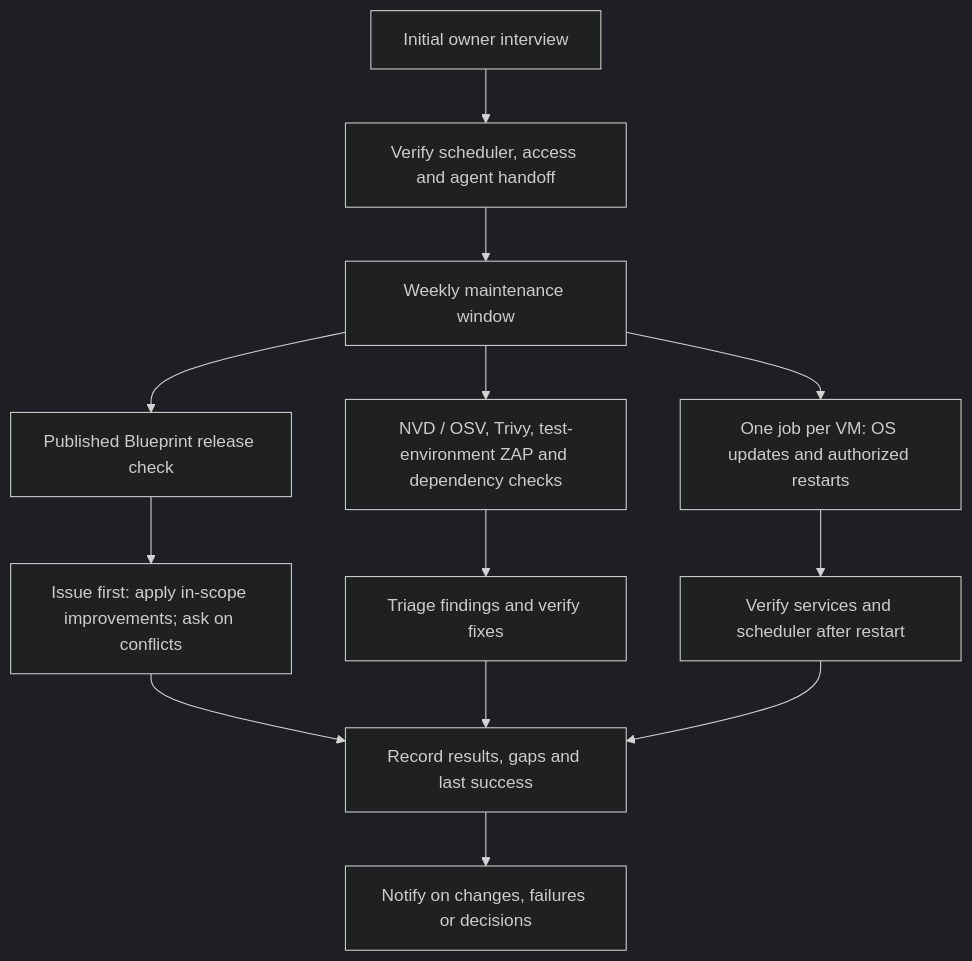
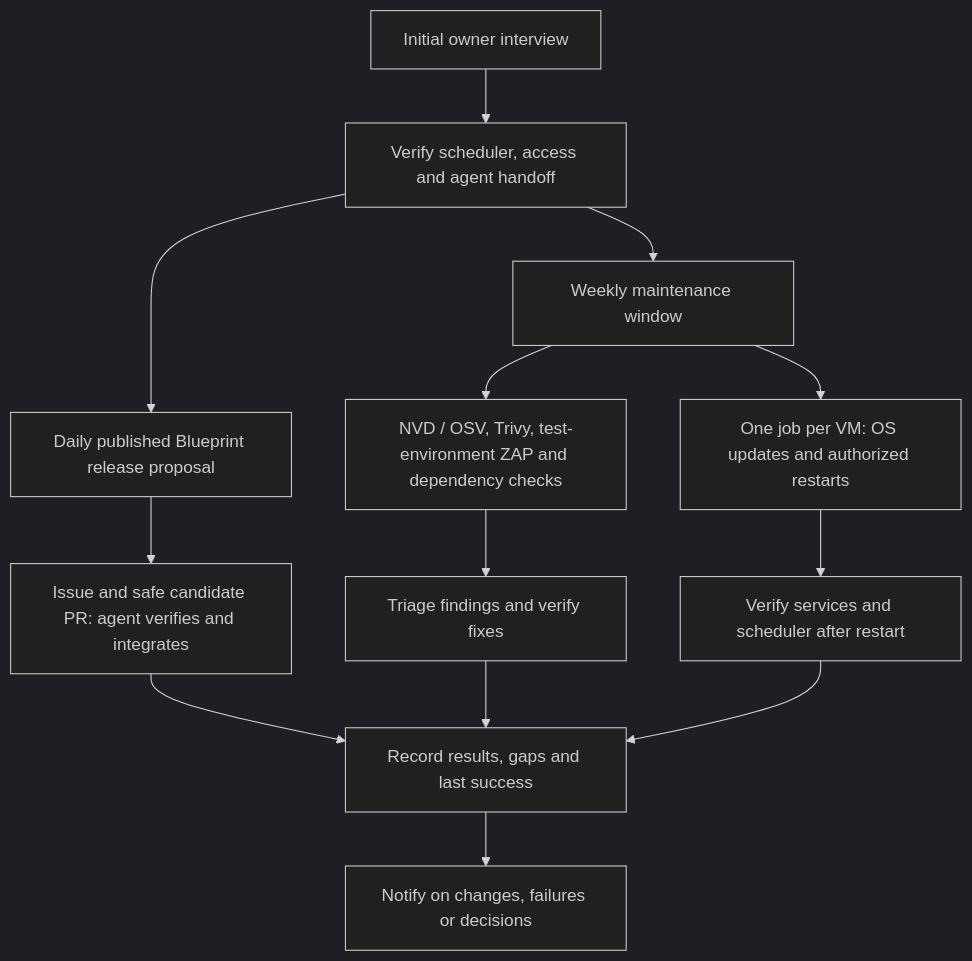
One commit to shrocktech/project-blueprint changed the diagram in README.md. Above: the diagram before and after it, drawn with Mermaid (dark theme). The commit also changed other lines of this file and 17 other files, not shown here.

````diff
--- a/README.md
+++ b/README.md
@@ -163,15 +170,15 @@
 ```mermaid
 flowchart TD
     A[Initial owner interview] --> B[Verify scheduler, access and agent handoff]
     B --> C[Weekly maintenance window]
-    C --> D[Published Blueprint release check]
+    B --> D[Daily published Blueprint release proposal]
     C --> E[NVD / OSV, Trivy, test-environment ZAP and dependency checks]
     C --> F[One job per VM: OS updates and authorized restarts]
-    D --> G[Issue first: apply in-scope improvements; ask on conflicts]
+    D --> G[Issue and safe candidate PR: agent verifies and integrates]
     E --> H[Triage findings and verify fixes]
     F --> I[Verify services and scheduler after restart]
     G --> J[Record results, gaps and last success]
     H --> J
     I --> J
     J --> K[Notify on changes, failures or decisions]
 ```
````
